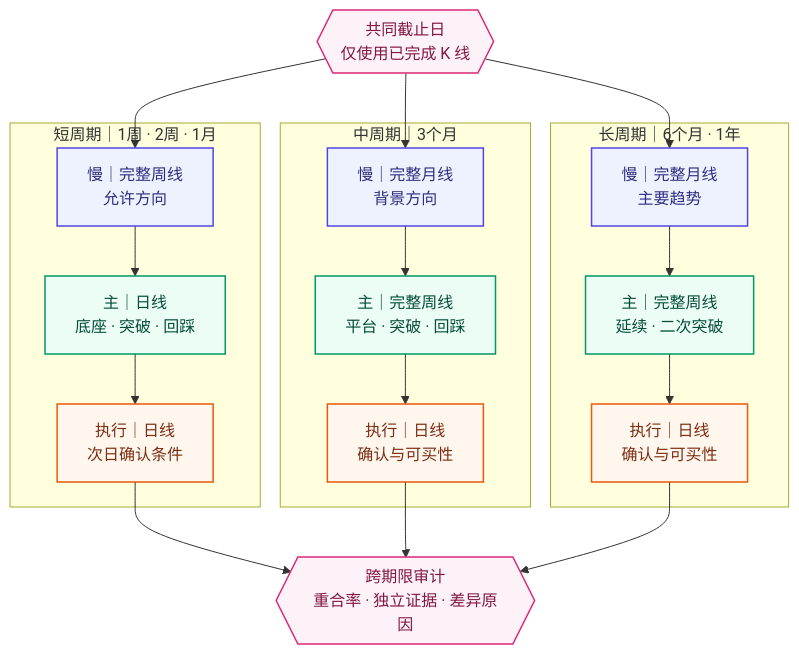
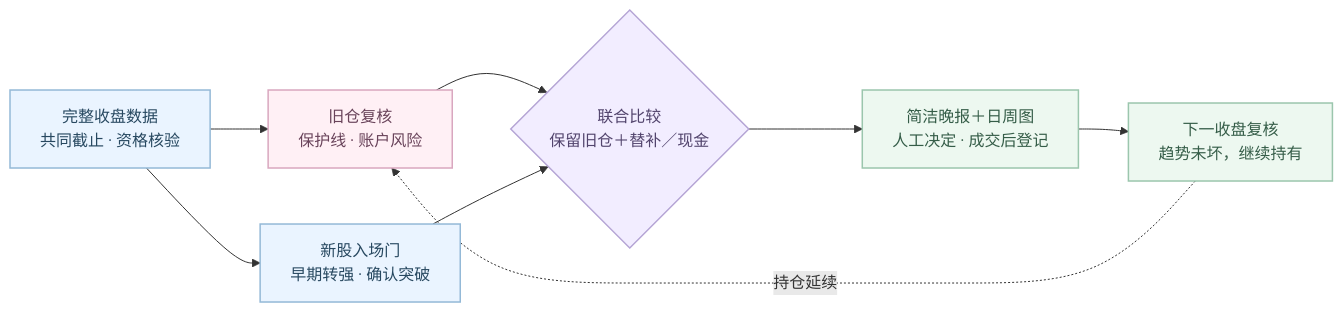
The diagram in README.md (zerongwong/a-share-lab), drawn with Mermaid before and after one commit. The commit also changed other lines of this file and 39 other files, not shown here.

````diff
--- a/README.md
+++ b/README.md
@@ -157,35 +13,22 @@
 ```mermaid
-flowchart TB
-    A{{"共同截止日<br/>仅使用已完成 K 线"}}
-
-    subgraph SHORT["短周期｜1周 · 2周 · 1月"]
-        S1["慢｜完整周线<br/>允许方向"] --> S2["主｜日线<br/>底座 · 突破 · 回踩"]
-        S2 --> S3["执行｜日线<br/>次日确认条件"]
-    end
-
-    subgraph MEDIUM["中周期｜3个月"]
-        M1["慢｜完整月线<br/>背景方向"] --> M2["主｜完整周线<br/>平台 · 突破 · 回踩"]
-        M2 --> M3["执行｜日线<br/>确认与可买性"]
-    end
-
-    subgraph LONG["长周期｜6个月 · 1年"]
-        L1["慢｜完整月线<br/>主要趋势"] --> L2["主｜完整周线<br/>延续 · 二次突破"]
-        L2 --> L3["执行｜日线<br/>确认与可买性"]
-    end
-
-    A --> S1
-    A --> M1
-    A --> L1
-    S3 --> Z{{"跨期限审计<br/>重合率 · 独立证据 · 差异原因"}}
-    M3 --> Z
-    L3 --> Z
-
-    classDef slow fill:#EEF2FF,stroke:#4F46E5,color:#312E81,stroke-width:1.5px;
-    classDef primary fill:#ECFDF5,stroke:#059669,color:#064E3B,stroke-width:1.5px;
-    classDef execution fill:#FFF7ED,stroke:#EA580C,color:#7C2D12,stroke-width:1.5px;
-    classDef audit fill:#FDF2F8,stroke:#DB2777,color:#831843,stroke-width:1.5px;
-    class S1,M1,L1 slow;
-    class S2,M2,L2 primary;
-    class S3,M3,L3 execution;
-    class A,Z audit;
+flowchart LR
+    D["完整收盘数据<br/>共同截止 · 资格核验"]
+    H["旧仓复核<br/>保护线 · 账户风险"]
+    N["新股入场门<br/>早期转强 · 确认突破"]
+    J{"联合比较<br/>保留旧仓＋替补／现金"}
+    R["简洁晚报＋日周图<br/>人工决定 · 成交后登记"]
+    V["下一收盘复核<br/>趋势未坏，继续持有"]
+    D --> H & N
+    H --> J
+    N --> J
+    J --> R --> V
+    V -. 持仓延续 .-> H
+    classDef sky fill:#eaf4ff,stroke:#94b9d7,color:#274860,stroke-width:1.5px;
+    classDef rose fill:#fff0f5,stroke:#d9a7bf,color:#69435a,stroke-width:1.5px;
+    classDef mint fill:#edf8f0,stroke:#9bc6ad,color:#355d48,stroke-width:1.5px;
+    classDef lavender fill:#f2edff,stroke:#b5a5d5,color:#52446d,stroke-width:1.5px;
+    class D,N sky;
+    class H rose;
+    class J lavender;
+    class R,V mint;
 ```
````
